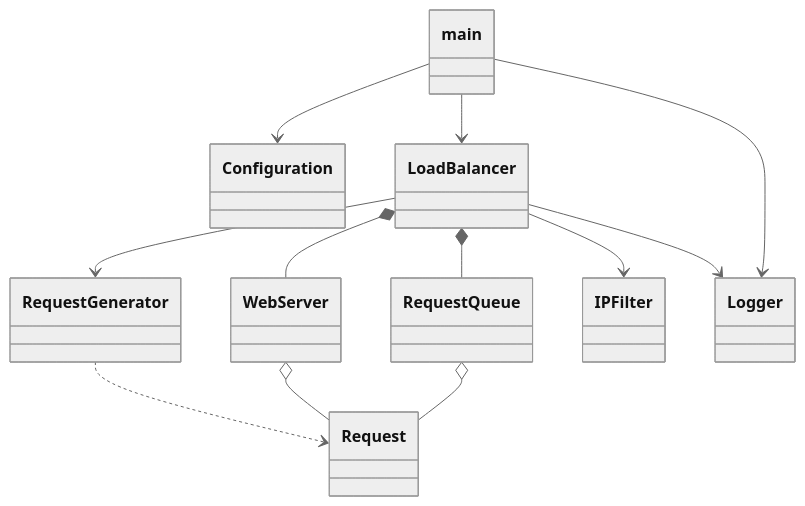
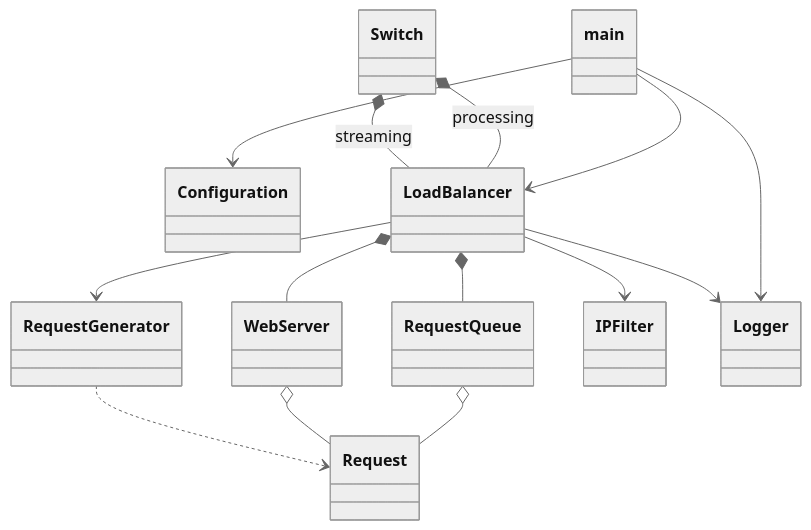
Before and after one commit to aadiujoshi-tamu/CSCE412-Project-4: the diagram in docs/design.md, drawn with Mermaid (neutral theme). The commit also changed other lines of this file and 9 other files, not shown here.

Commit message:
Implement bonus processing and streaming switch

````diff
--- a/docs/design.md
+++ b/docs/design.md
@@ -28,23 +29,26 @@
 ```mermaid
 classDiagram
   class main
   class Configuration
   class RequestGenerator
   class Request
   class RequestQueue
   class WebServer
   class IPFilter
   class Logger
   class LoadBalancer
+  class Switch
   main --> Configuration
   main --> Logger
   main --> LoadBalancer
   LoadBalancer *-- RequestQueue
   LoadBalancer *-- WebServer
   LoadBalancer --> RequestGenerator
   LoadBalancer --> IPFilter
   LoadBalancer --> Logger
   RequestQueue o-- Request
   WebServer o-- Request
   RequestGenerator ..> Request
+  Switch *-- LoadBalancer : processing
+  Switch *-- LoadBalancer : streaming
 ```
````
